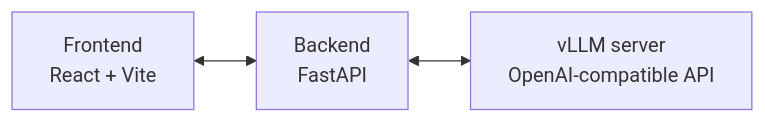
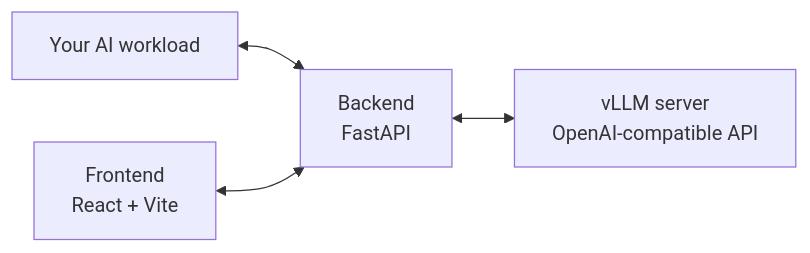
Before and after one commit to thomas-schillaci/llm-night-watch: the diagram in README.md, drawn with Mermaid. The commit also changed other lines of this file and 9 other files, not shown here.

````diff
--- a/README.md
+++ b/README.md
@@ -22,5 +21,6 @@
 ```mermaid
 flowchart LR
-  frontend["Frontend\nReact + Vite"] <--> backend["Backend\nFastAPI"]
+  workload["Your AI workload"] <--> backend["Backend\nFastAPI"]
+  frontend["Frontend\nReact + Vite"] <--> backend
   backend <--> vllm["vLLM server\nOpenAI-compatible API"]
 ```
````
